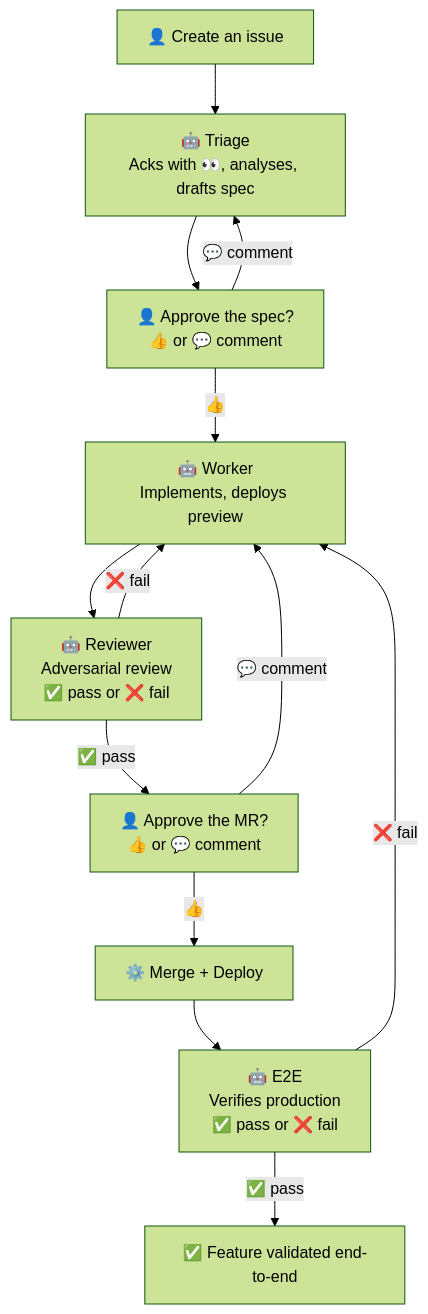
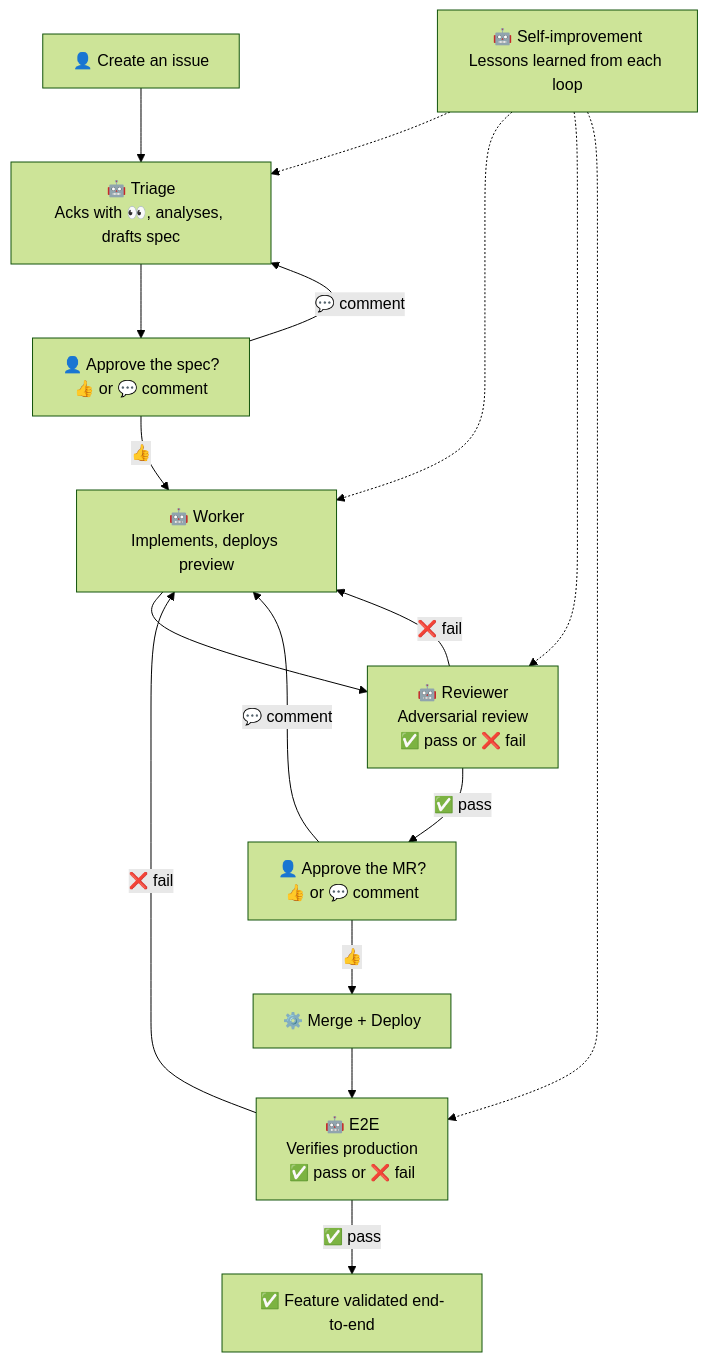
Before and after one commit to ankaboot-source/boucle: the first of 3 diagrams in ARCHITECTURE.md, drawn with Mermaid (forest theme). The commit also changed 1 other file, not shown here.

Commit message:
docs: add Self-improvement feedback node to pipeline diagram
The pipeline Mermaid diagram was missing the lessons-learned step.
Add a robot-style 'Self-improvement' node (lessons learned from each
loop) with dashed arrows to each of the 4 agents (Triage, Worker,
Reviewer, E2E), in both README.md and ARCHITECTURE.md (kept in sync).

````diff
--- a/ARCHITECTURE.md
+++ b/ARCHITECTURE.md
@@ -28,15 +28,20 @@
 ```mermaid
 flowchart TD
     H1["👤 Create an issue"] --> T["🤖 Triage<br/>Acks with 👀, analyses, drafts spec"]
     T --> H2["👤 Approve the spec?<br/>👍 or 💬 comment"]
     H2 -->|👍| W["🤖 Worker<br/>Implements, deploys preview"]
     H2 -->|💬 comment| T
     W --> R["🤖 Reviewer<br/>Adversarial review<br/>✅ pass or ❌ fail"]
     R -->|✅ pass| H3["👤 Approve the MR?<br/>👍 or 💬 comment"]
     R -->|❌ fail| W
     H3 -->|👍| M["⚙️ Merge + Deploy"]
     H3 -->|💬 comment| W
     M --> E["🤖 E2E<br/>Verifies production<br/>✅ pass or ❌ fail"]
     E -->|✅ pass| D["✅ Feature validated end-to-end"]
     E -->|❌ fail| W
+    L["🤖 Self-improvement<br/>Lessons learned from each loop"]
+    L -.-> T
+    L -.-> W
+    L -.-> R
+    L -.-> E
 ```
````
